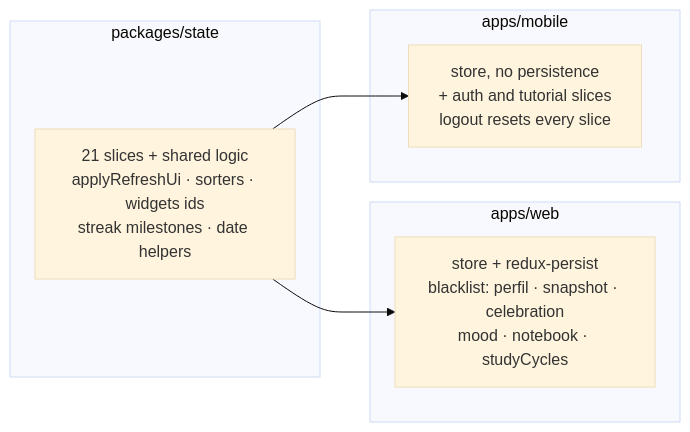
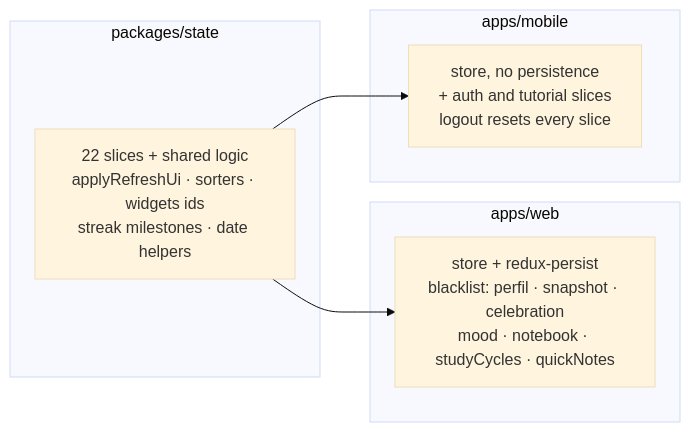
One commit to AndDev741/Beyou-arch-design changed the first of 2 diagrams in architecture/redux-data/en.md. Above: the diagram before and after it, drawn with Mermaid (base theme). The commit also changed other lines of this file and 31 other files, not shown here.

````diff
--- a/architecture/redux-data/en.md
+++ b/architecture/redux-data/en.md
@@ -12,17 +12,17 @@
 ```mermaid
 flowchart LR
   subgraph pkg["packages/state"]
-    SLICES["21 slices + shared logic<br/>applyRefreshUi · sorters · widgets ids<br/>streak milestones · date helpers"]
+    SLICES["22 slices + shared logic<br/>applyRefreshUi · sorters · widgets ids<br/>streak milestones · date helpers"]
   end
 
   subgraph web["apps/web"]
-    WSTORE["store + redux-persist<br/>blacklist: perfil · snapshot · celebration<br/>mood · notebook · studyCycles"]
+    WSTORE["store + redux-persist<br/>blacklist: perfil · snapshot · celebration<br/>mood · notebook · studyCycles · quickNotes"]
   end
 
   subgraph mobile["apps/mobile"]
     MSTORE["store, no persistence<br/>+ auth and tutorial slices<br/>logout resets every slice"]
   end
 
   SLICES --> WSTORE
   SLICES --> MSTORE
 ```
````
